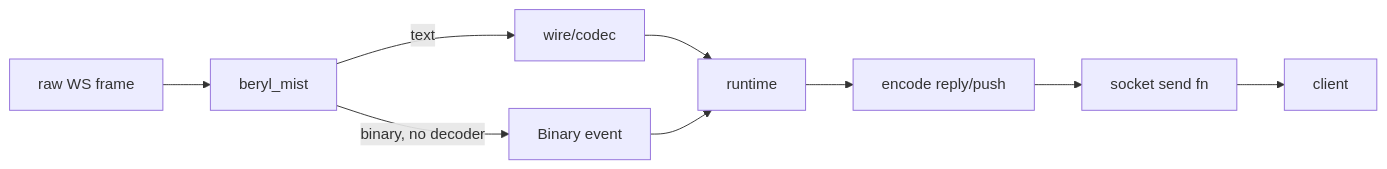
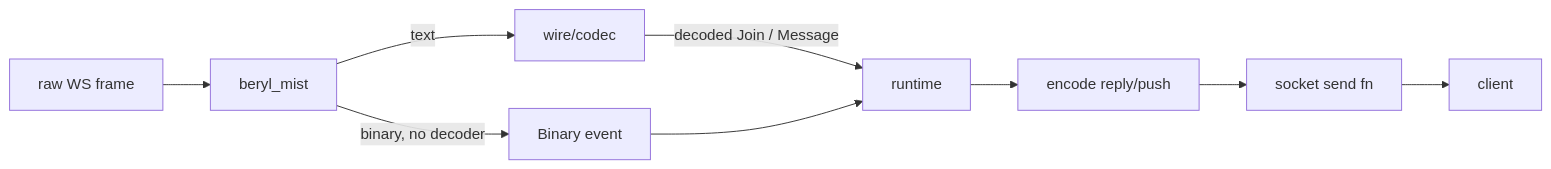
Before and after one commit to tylerbutler/beryl: the diagram in website/src/content/docs/architecture/wire-and-transport.md, drawn with Mermaid. The commit also changed other lines of this file and 11 other files, not shown here.

````diff
--- a/website/src/content/docs/architecture/wire-and-transport.md
+++ b/website/src/content/docs/architecture/wire-and-transport.md
@@ -82,9 +86,9 @@
 ```mermaid
 flowchart LR
   FR["raw WS frame"] --> MI["beryl_mist"]
   MI -->|text| CD["wire/codec"]
   MI -->|binary, no decoder| RB["Binary event"]
-  CD --> RT["runtime"]
+  CD -->|decoded Join / Message| RT["runtime"]
   RB --> RT
   RT --> EN["encode reply/push"] --> SF["socket send fn"] --> CL["client"]
 ```
````
